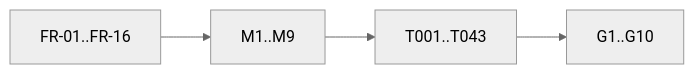
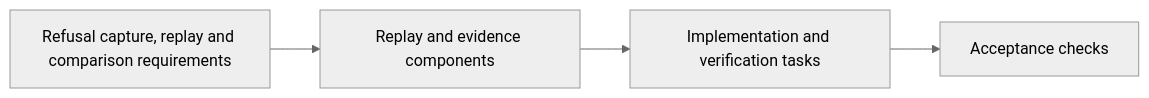
Before and after one commit to lambdasistemi/singular: the diagram in specs/287-traced-refusal-reasons/analysis.md, drawn with Mermaid (neutral theme). The commit also changed other lines of this file and 497 other files, not shown here.

````diff
--- a/specs/287-traced-refusal-reasons/analysis.md
+++ b/specs/287-traced-refusal-reasons/analysis.md
@@ -6,6 +6,6 @@
 ```mermaid
 flowchart LR
-    FR[FR-01..FR-16] --> M[M1..M9]
-    M --> T[T001..T043]
-    T --> G[G1..G10]
+    FR[Refusal capture, replay and comparison requirements] --> M[Replay and evidence components]
+    M --> T[Implementation and verification tasks]
+    T --> G[Acceptance checks]
 ```
````
